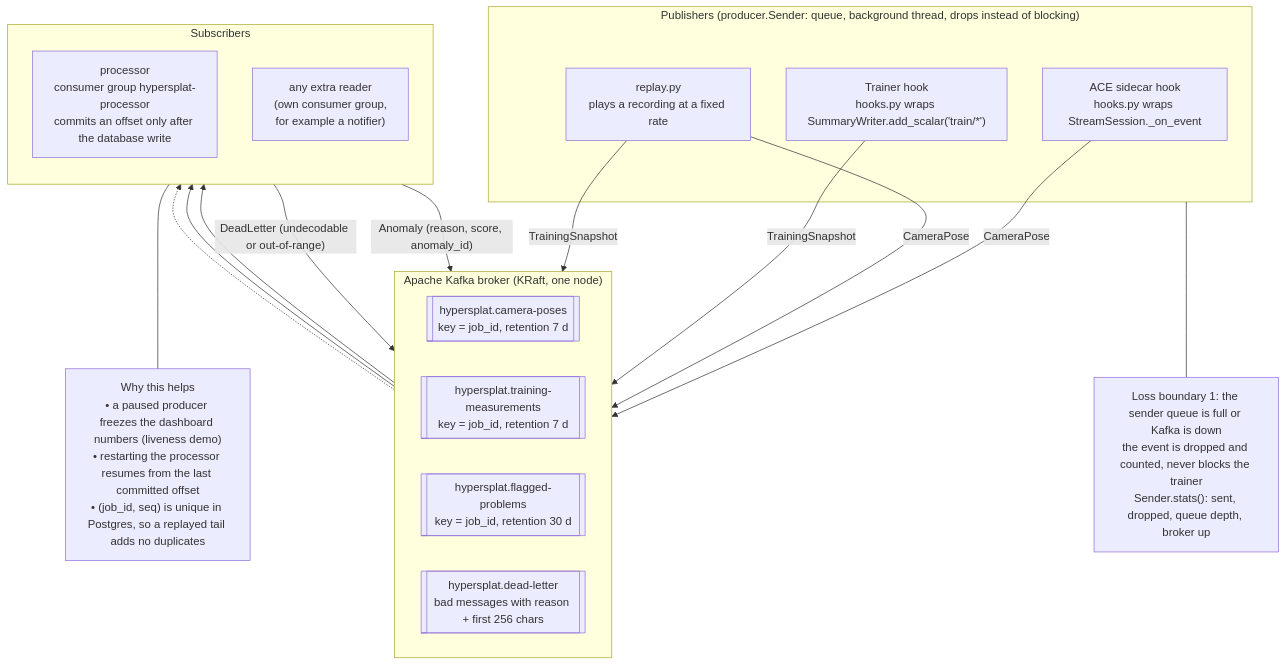
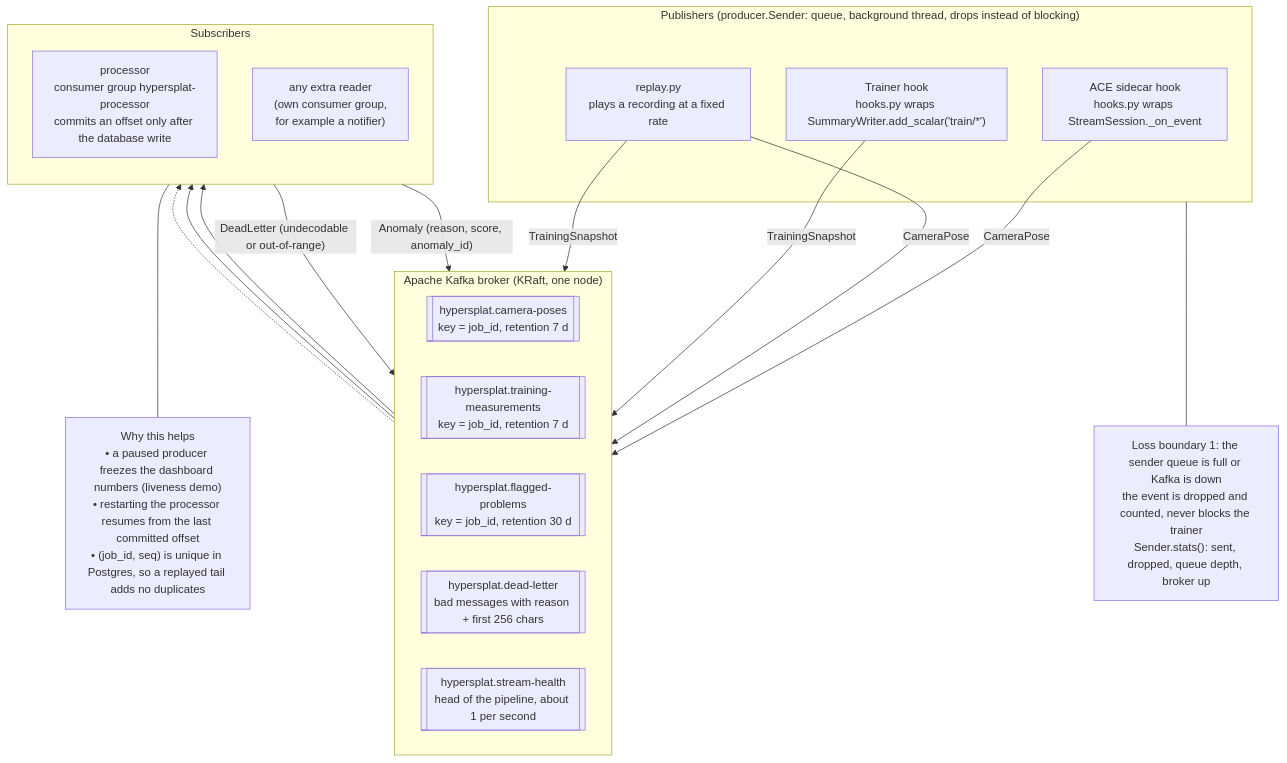
One commit to axls23/3D_world_genrator changed the second of 6 diagrams in hypersplat/streaming/docs/architecture-diagram.md. Above: the diagram before and after it, drawn with Mermaid. The commit also changed 1 other file, not shown here.

Commit message:
Docs: head-of-pipeline health tap and PSNR streaming are built

````diff
--- a/hypersplat/streaming/docs/architecture-diagram.md
+++ b/hypersplat/streaming/docs/architecture-diagram.md
@@ -75,37 +75,38 @@
 ```mermaid
 flowchart TB
     subgraph PUB["Publishers (producer.Sender: queue, background thread, drops instead of blocking)"]
         P1["ACE sidecar hook<br/>hooks.py wraps StreamSession._on_event"]
         P2["Trainer hook<br/>hooks.py wraps SummaryWriter.add_scalar('train/*')"]
         P3["replay.py<br/>plays a recording at a fixed rate"]
     end
     LOSS["Loss boundary 1: the sender queue is full or Kafka is down<br/>the event is dropped and counted, never blocks the trainer<br/>Sender.stats(): sent, dropped, queue depth, broker up"]
     PUB --- LOSS
 
     subgraph K["Apache Kafka broker (KRaft, one node)"]
         direction LR
         A[["hypersplat.camera-poses<br/>key = job_id, retention 7 d"]]
         B[["hypersplat.training-measurements<br/>key = job_id, retention 7 d"]]
         C[["hypersplat.flagged-problems<br/>key = job_id, retention 30 d"]]
         D[["hypersplat.dead-letter<br/>bad messages with reason + first 256 chars"]]
+        E[["hypersplat.stream-health<br/>head of the pipeline, about 1 per second"]]
     end
 
     subgraph SUB["Subscribers"]
         direction TB
         S1["processor<br/>consumer group hypersplat-processor<br/>commits an offset only after the database write"]
         S2["any extra reader<br/>(own consumer group,<br/>for example a notifier)"]
     end
 
     P1 -- "CameraPose" --> A
     P3 -- "CameraPose" --> A
     P2 -- "TrainingSnapshot" --> B
     P3 -- "TrainingSnapshot" --> B
     A --> S1
     B --> S1
     S1 -- "Anomaly (reason, score, anomaly_id)" --> C
     S1 -- "DeadLetter (undecodable or out-of-range)" --> D
     C -.-> S2
 
     N1["Why this helps<br/>• a paused producer freezes the dashboard numbers (liveness demo)<br/>• restarting the processor resumes from the last committed offset<br/>• (job_id, seq) is unique in Postgres, so a replayed tail adds no duplicates"]
     S1 --- N1
 ```
````
